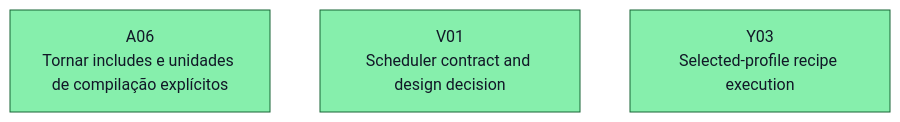
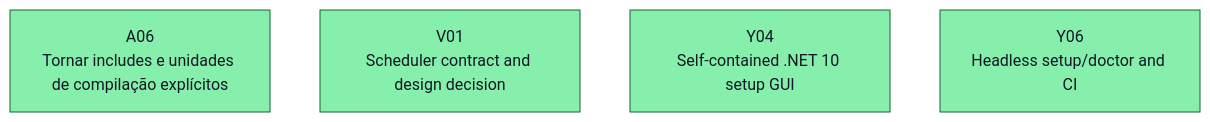
One commit to ocarizr/spaceraiders changed the first of 25 diagrams in docs/task-dependencies.md. Above: the diagram before and after it, drawn with Mermaid. The commit also changed other lines of this file and 8 other files, not shown here.

First line of the commit message:
feat(Y03): add selected-profile recipe execution (#23)

````diff
--- a/docs/task-dependencies.md
+++ b/docs/task-dependencies.md
@@ -23,9 +23,10 @@
 ```mermaid
 flowchart TD
     ready_A06["A06<br/>Tornar includes e unidades de compilação explícitos"]:::ready
     ready_V01["V01<br/>Scheduler contract and design decision"]:::ready
-    ready_Y03["Y03<br/>Selected-profile recipe execution"]:::ready
+    ready_Y04["Y04<br/>Self-contained .NET 10 setup GUI"]:::ready
+    ready_Y06["Y06<br/>Headless setup/doctor and CI"]:::ready
     classDef pending fill:#ffffff,stroke:#6b7280,color:#111827
     classDef ready fill:#86efac,stroke:#166534,color:#111827
     classDef done fill:#f87171,stroke:#991b1b,color:#111827
 ```
````
